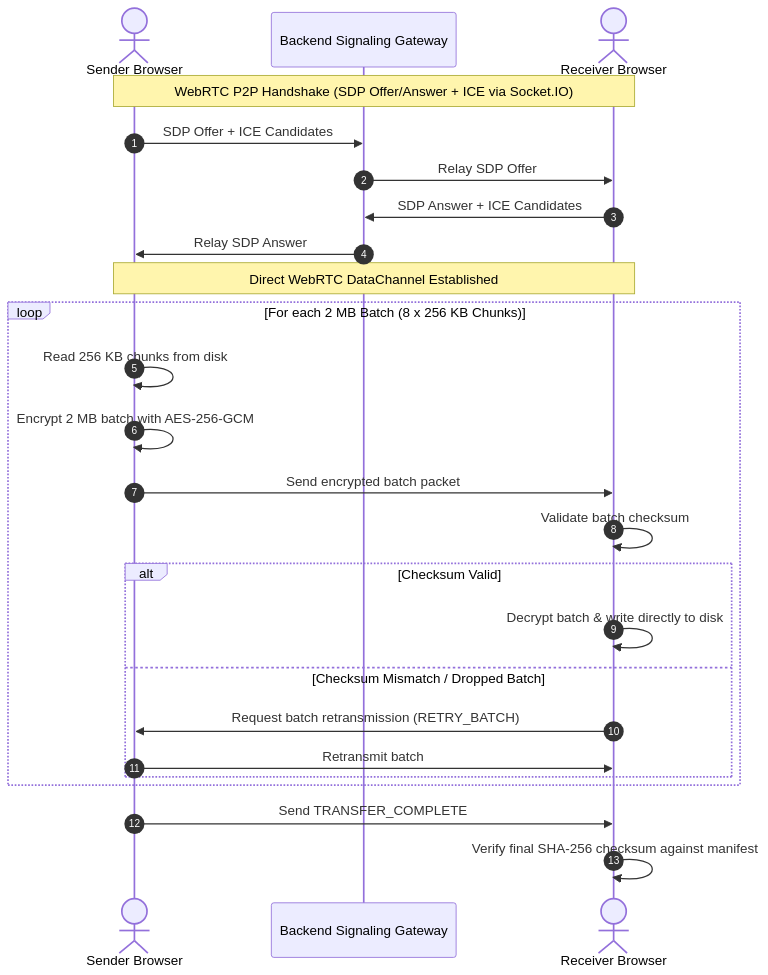
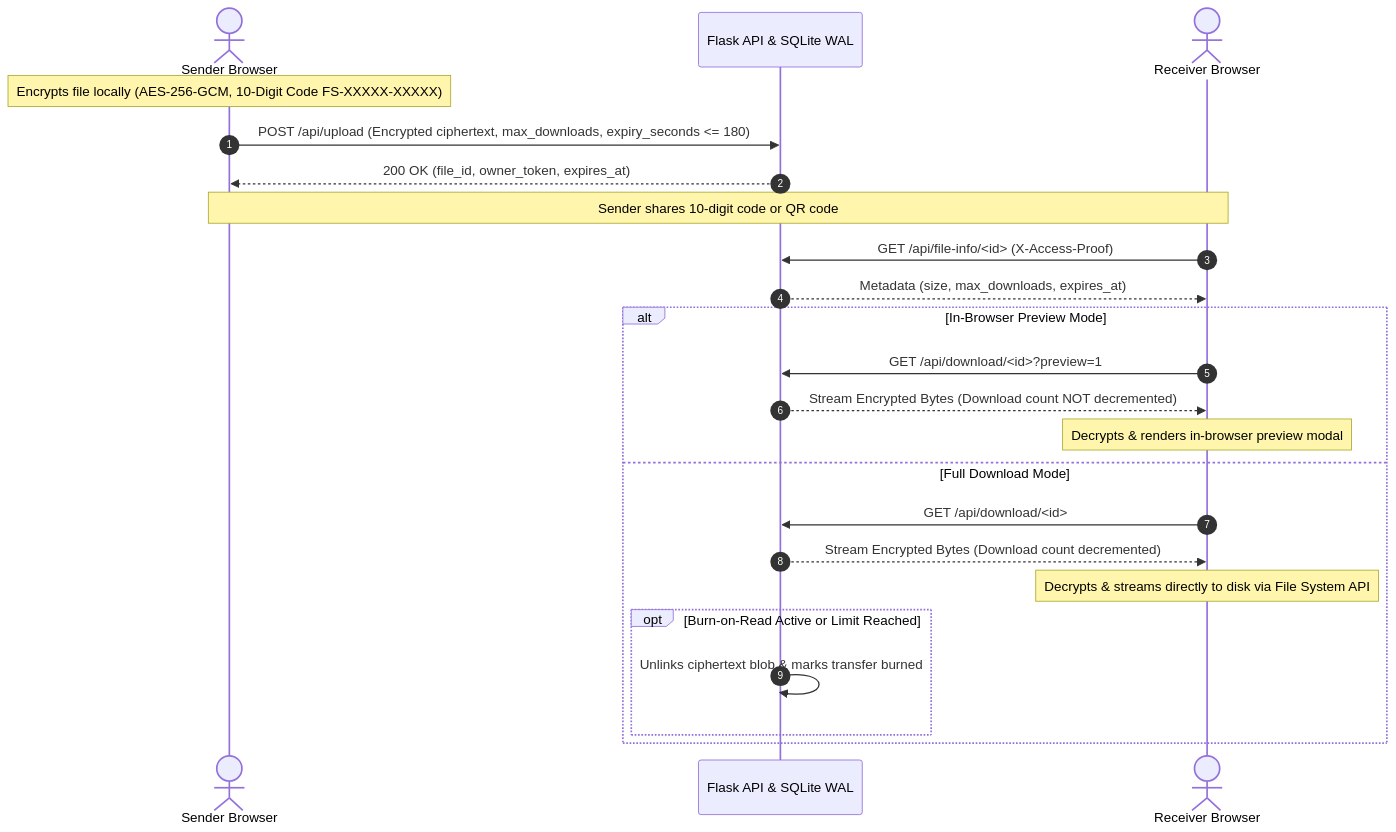
The second of 2 diagrams in README.md (sujalkathait93-lab/filesender), drawn with Mermaid before and after one commit. The commit also changed other lines of this file and 2 other files, not shown here.

Commit message:
docs: update README.md with complete project architecture and expiry countdown up to 3 min

````diff
--- a/README.md
+++ b/README.md
@@ -88,31 +103,28 @@
 ```mermaid
 sequenceDiagram
     autonumber
     actor Sender as Sender Browser
-    participant Signaling as Backend Signaling Gateway
+    participant Backend as Flask API & SQLite WAL
     actor Receiver as Receiver Browser
 
-    Note over Sender,Receiver: WebRTC P2P Handshake (SDP Offer/Answer + ICE via Socket.IO)
-    Sender->>Signaling: SDP Offer + ICE Candidates
-    Signaling->>Receiver: Relay SDP Offer
-    Receiver->>Signaling: SDP Answer + ICE Candidates
-    Signaling->>Sender: Relay SDP Answer
+    Note over Sender: Encrypts file locally (AES-256-GCM, 10-Digit Code FS-XXXXX-XXXXX)
+    Sender->>Backend: POST /api/upload (Encrypted ciphertext, max_downloads, expiry_seconds <= 180)
+    Backend-->>Sender: 200 OK (file_id, owner_token, expires_at)
 
-    Note over Sender,Receiver: Direct WebRTC DataChannel Established
+    Note over Sender,Receiver: Sender shares 10-digit code or QR code
+    Receiver->>Backend: GET /api/file-info/<id> (X-Access-Proof)
+    Backend-->>Receiver: Metadata (size, max_downloads, expires_at)
 
-    loop For each 2 MB Batch (8 x 256 KB Chunks)
-        Sender->>Sender: Read 256 KB chunks from disk
-        Sender->>Sender: Encrypt 2 MB batch with AES-256-GCM
-        Sender->>Receiver: Send encrypted batch packet
-        Receiver->>Receiver: Validate batch checksum
-        alt Checksum Valid
-            Receiver->>Receiver: Decrypt batch & write directly to disk
-        else Checksum Mismatch / Dropped Batch
-            Receiver->>Sender: Request batch retransmission (RETRY_BATCH)
-            Sender->>Receiver: Retransmit batch
+    alt In-Browser Preview Mode
+        Receiver->>Backend: GET /api/download/<id>?preview=1
+        Backend-->>Receiver: Stream Encrypted Bytes (Download count NOT decremented)
+        Note over Receiver: Decrypts & renders in-browser preview modal
+    else Full Download Mode
+        Receiver->>Backend: GET /api/download/<id>
+        Backend-->>Receiver: Stream Encrypted Bytes (Download count decremented)
+        Note over Receiver: Decrypts & streams directly to disk via File System API
+        opt Burn-on-Read Active or Limit Reached
+            Backend->>Backend: Unlinks ciphertext blob & marks transfer burned
         end
     end
-
-    Sender->>Receiver: Send TRANSFER_COMPLETE
-    Receiver->>Receiver: Verify final SHA-256 checksum against manifest
 ```
````
